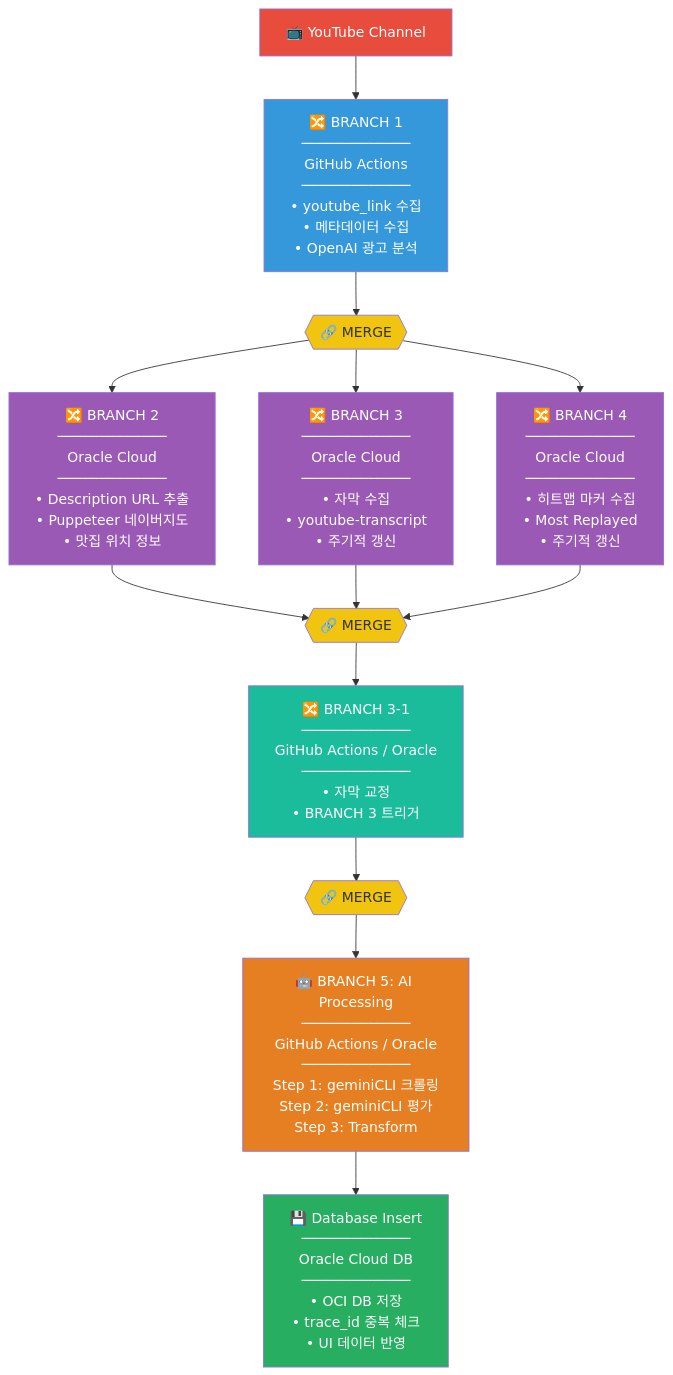
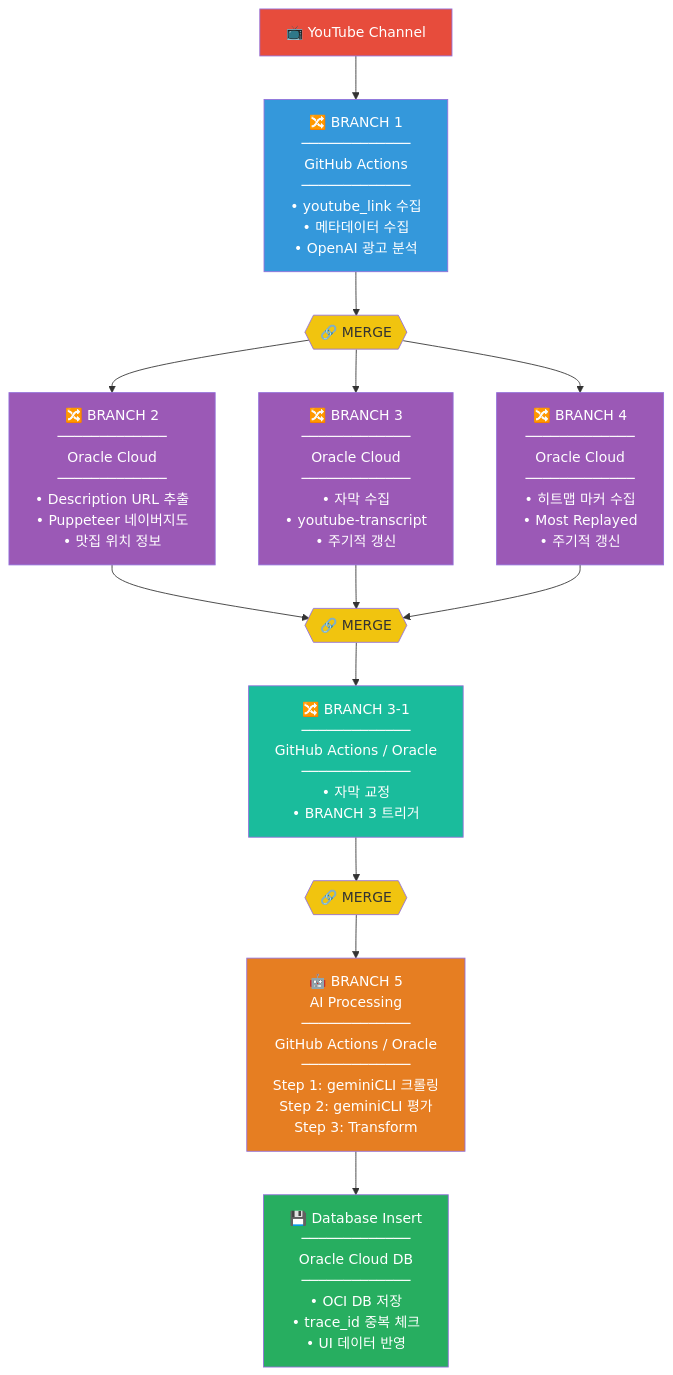
One commit to twoimo/tzudong changed the diagram in backend/tzudong_pipeline_v2.0/README.md. Above: the diagram before and after it, drawn with Mermaid.

Commit message:
UPDATE: Refine branch label in README.md for AI Processing to enhance clarity and maintain consistency in the pipeline flow diagram.

````diff
--- a/backend/tzudong_pipeline_v2.0/README.md
+++ b/backend/tzudong_pipeline_v2.0/README.md
@@ -108,45 +108,45 @@
 ```mermaid
 flowchart TD
     YT["📺 YouTube Channel"]
     
     B1["🔀 BRANCH 1<br/>─────────────<br/>GitHub Actions<br/>─────────────<br/>• youtube_link 수집<br/>• 메타데이터 수집<br/>• OpenAI 광고 분석"]
     
     M1{{"🔗 MERGE"}}
     
     B2["🔀 BRANCH 2<br/>─────────────<br/>Oracle Cloud<br/>─────────────<br/>• Description URL 추출<br/>• Puppeteer 네이버지도<br/>• 맛집 위치 정보"]
     
     B3["🔀 BRANCH 3<br/>─────────────<br/>Oracle Cloud<br/>─────────────<br/>• 자막 수집<br/>• youtube-transcript<br/>• 주기적 갱신"]
     
     B4["🔀 BRANCH 4<br/>─────────────<br/>Oracle Cloud<br/>─────────────<br/>• 히트맵 마커 수집<br/>• Most Replayed<br/>• 주기적 갱신"]
     
     M2{{"🔗 MERGE"}}
     
     B3_1["🔀 BRANCH 3-1<br/>─────────────<br/>GitHub Actions / Oracle<br/>─────────────<br/>• 자막 교정<br/>• BRANCH 3 트리거"]
     
     M3{{"🔗 MERGE"}}
     
-    B5["🤖 BRANCH 5: AI Processing<br/>─────────────<br/>GitHub Actions / Oracle<br/>─────────────<br/>Step 1: geminiCLI 크롤링<br/>Step 2: geminiCLI 평가<br/>Step 3: Transform"]
+    B5["🤖 BRANCH 5<br/>AI Processing<br/>─────────────<br/>GitHub Actions / Oracle<br/>─────────────<br/>Step 1: geminiCLI 크롤링<br/>Step 2: geminiCLI 평가<br/>Step 3: Transform"]
     
     DB["💾 Database Insert<br/>─────────────<br/>Oracle Cloud DB<br/>─────────────<br/>• OCI DB 저장<br/>• trace_id 중복 체크<br/>• UI 데이터 반영"]
 
     YT --> B1
     B1 --> M1
     M1 --> B2 & B3 & B4
     B2 & B3 & B4 --> M2
     M2 --> B3_1
     B3_1 --> M3
     M3 --> B5
     B5 --> DB
 
     style YT fill:#e74c3c,color:#fff
     style B1 fill:#3498db,color:#fff
     style B2 fill:#9b59b6,color:#fff
     style B3 fill:#9b59b6,color:#fff
     style B4 fill:#9b59b6,color:#fff
     style B3_1 fill:#1abc9c,color:#fff
     style B5 fill:#e67e22,color:#fff
     style DB fill:#27ae60,color:#fff
     style M1 fill:#f1c40f,color:#333
     style M2 fill:#f1c40f,color:#333
     style M3 fill:#f1c40f,color:#333
 ```
````
